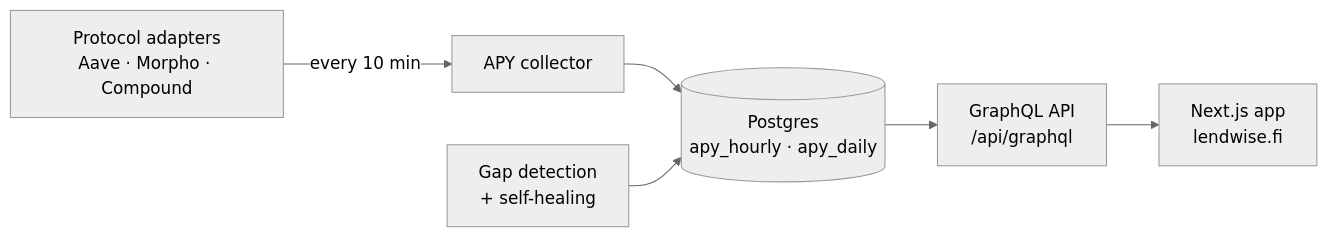
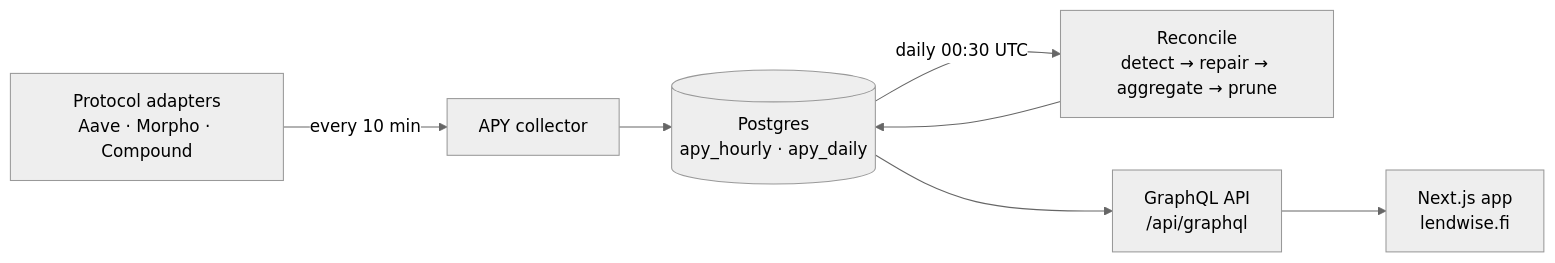
Before and after one commit to cedricmagne/lendwise: the diagram in README.md, drawn with Mermaid (neutral theme). The commit also changed other lines of this file and 2 other files, not shown here.

````diff
--- a/README.md
+++ b/README.md
@@ -68,8 +69,9 @@
 ```mermaid
 flowchart LR
     A["Protocol adapters<br/>Aave · Morpho · Compound"] -->|"every 10 min"| B["APY collector"]
     B --> C[("Postgres<br/>apy_hourly · apy_daily")]
-    D["Gap detection<br/>+ self-healing"] --> C
+    C -->|"daily 00:30 UTC"| D["Reconcile<br/>detect → repair → aggregate → prune"]
+    D --> C
     C --> E["GraphQL API<br/>/api/graphql"]
     E --> F["Next.js app<br/>lendwise.fi"]
 ```
````
